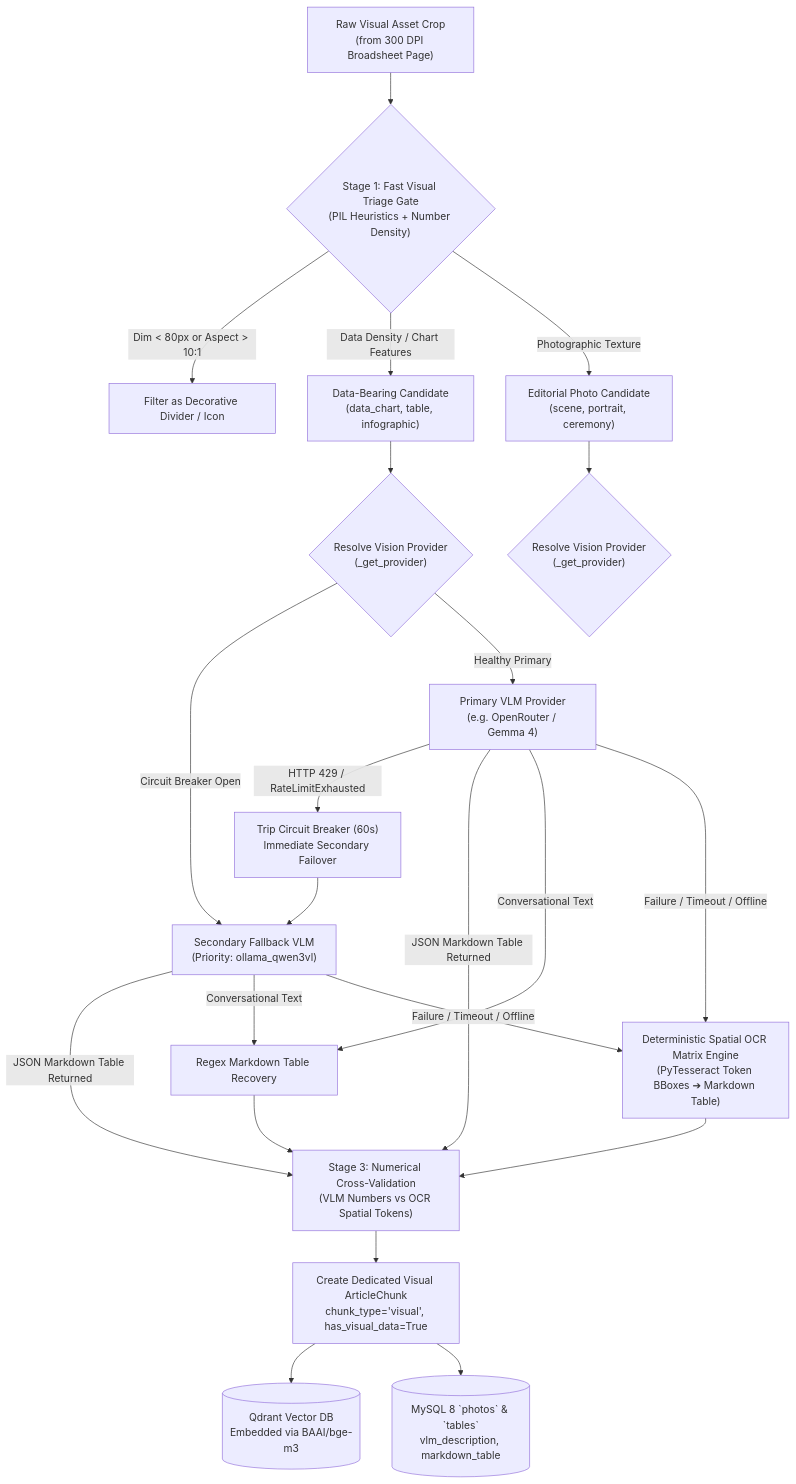
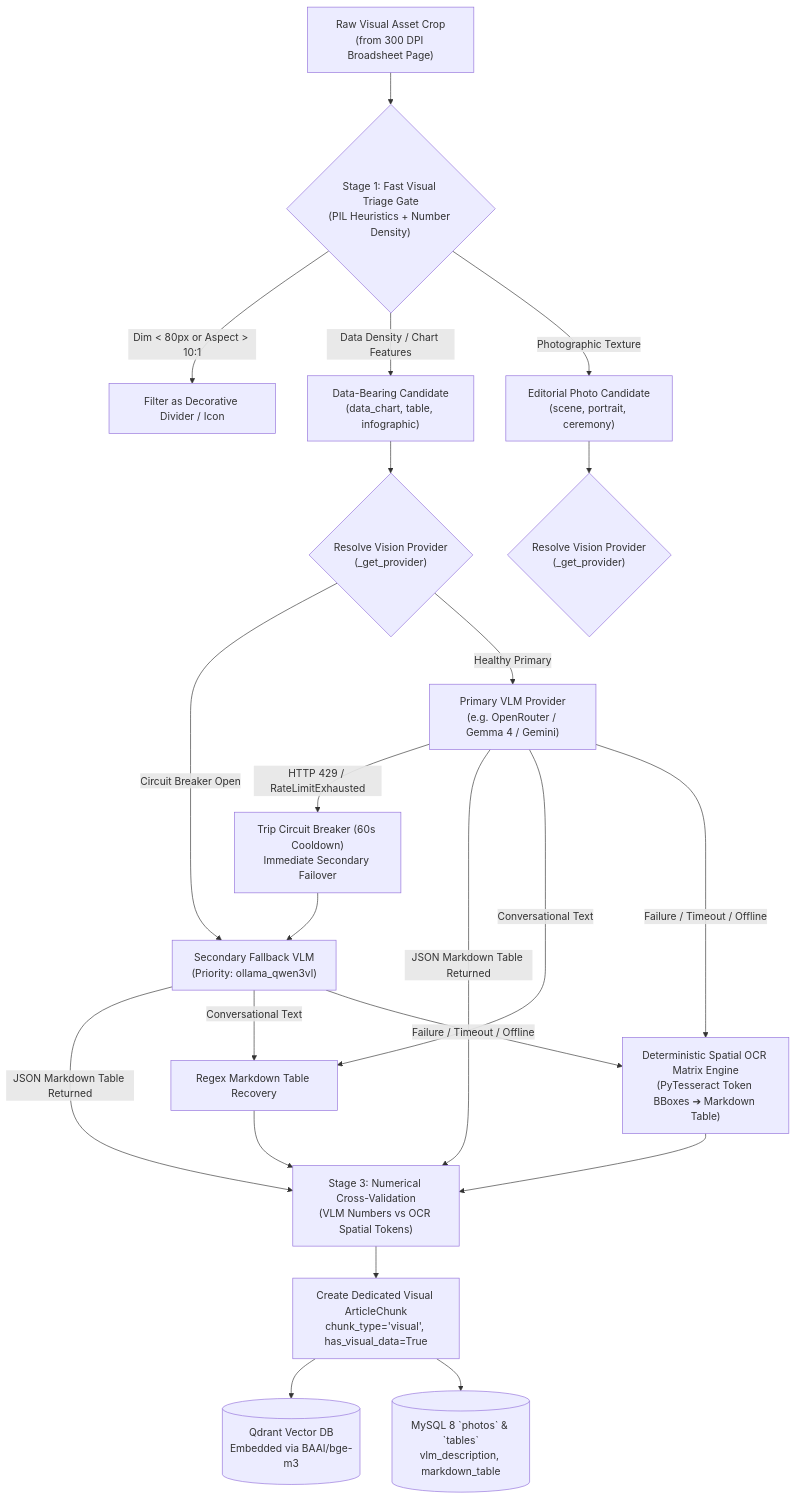
One commit to piyushgoel2808/NewsLens-AI changed the second of 7 diagrams in docs/data_flow_architecture.md. Above: the diagram before and after it, drawn with Mermaid. The commit also changed other lines of this file and 3 other files, not shown here.

Commit message:
docs: merge data_flow.md and data_flow_architecture.md into unified master data flow specification

````diff
--- a/docs/data_flow_architecture.md
+++ b/docs/data_flow_architecture.md
@@ -231,28 +190,28 @@
 ```mermaid
 flowchart TD
     AssetCrop["Raw Visual Asset Crop<br/>(from 300 DPI Broadsheet Page)"] --> Stage1{"Stage 1: Fast Visual Triage Gate<br/>(PIL Heuristics + Number Density)"}
     
     Stage1 -->|"Dim < 80px or Aspect > 10:1"| Decorative["Filter as Decorative Divider / Icon"]
     Stage1 -->|Data Density / Chart Features| DataCandidate["Data-Bearing Candidate<br/>(data_chart, table, infographic)"]
     Stage1 -->|Photographic Texture| PhotoCandidate["Editorial Photo Candidate<br/>(scene, portrait, ceremony)"]
 
     DataCandidate --> VLM_Dispatch{"Resolve Vision Provider<br/>(_get_provider)"}
     PhotoCandidate --> VLM_Photo_Dispatch{"Resolve Vision Provider<br/>(_get_provider)"}
 
     VLM_Dispatch -->|Circuit Breaker Open| SecondaryVLM["Secondary Fallback VLM<br/>(Priority: ollama_qwen3vl)"]
-    VLM_Dispatch -->|Healthy Primary| PrimaryVLM["Primary VLM Provider<br/>(e.g. OpenRouter / Gemma 4)"]
+    VLM_Dispatch -->|Healthy Primary| PrimaryVLM["Primary VLM Provider<br/>(e.g. OpenRouter / Gemma 4 / Gemini)"]
 
-    PrimaryVLM -->|HTTP 429 / RateLimitExhausted| TripBreaker["Trip Circuit Breaker (60s)<br/>Immediate Secondary Failover"]
+    PrimaryVLM -->|HTTP 429 / RateLimitExhausted| TripBreaker["Trip Circuit Breaker (60s Cooldown)<br/>Immediate Secondary Failover"]
     TripBreaker --> SecondaryVLM
 
     PrimaryVLM & SecondaryVLM -->|JSON Markdown Table Returned| Stage3["Stage 3: Numerical Cross-Validation<br/>(VLM Numbers vs OCR Spatial Tokens)"]
     PrimaryVLM & SecondaryVLM -->|Conversational Text| RegexRecovery["Regex Markdown Table Recovery"]
     RegexRecovery --> Stage3
 
     PrimaryVLM & SecondaryVLM -->|Failure / Timeout / Offline| SpatialOCR["Deterministic Spatial OCR Matrix Engine<br/>(PyTesseract Token BBoxes ➔ Markdown Table)"]
     SpatialOCR --> Stage3
 
     Stage3 --> VisualChunk["Create Dedicated Visual ArticleChunk<br/>chunk_type='visual', has_visual_data=True"]
     VisualChunk --> QdrantIndex[("Qdrant Vector DB<br/>Embedded via BAAI/bge-m3")]
     VisualChunk --> MySQLIndex[("MySQL 8 `photos` & `tables`<br/>vlm_description, markdown_table")]
 ```
````
